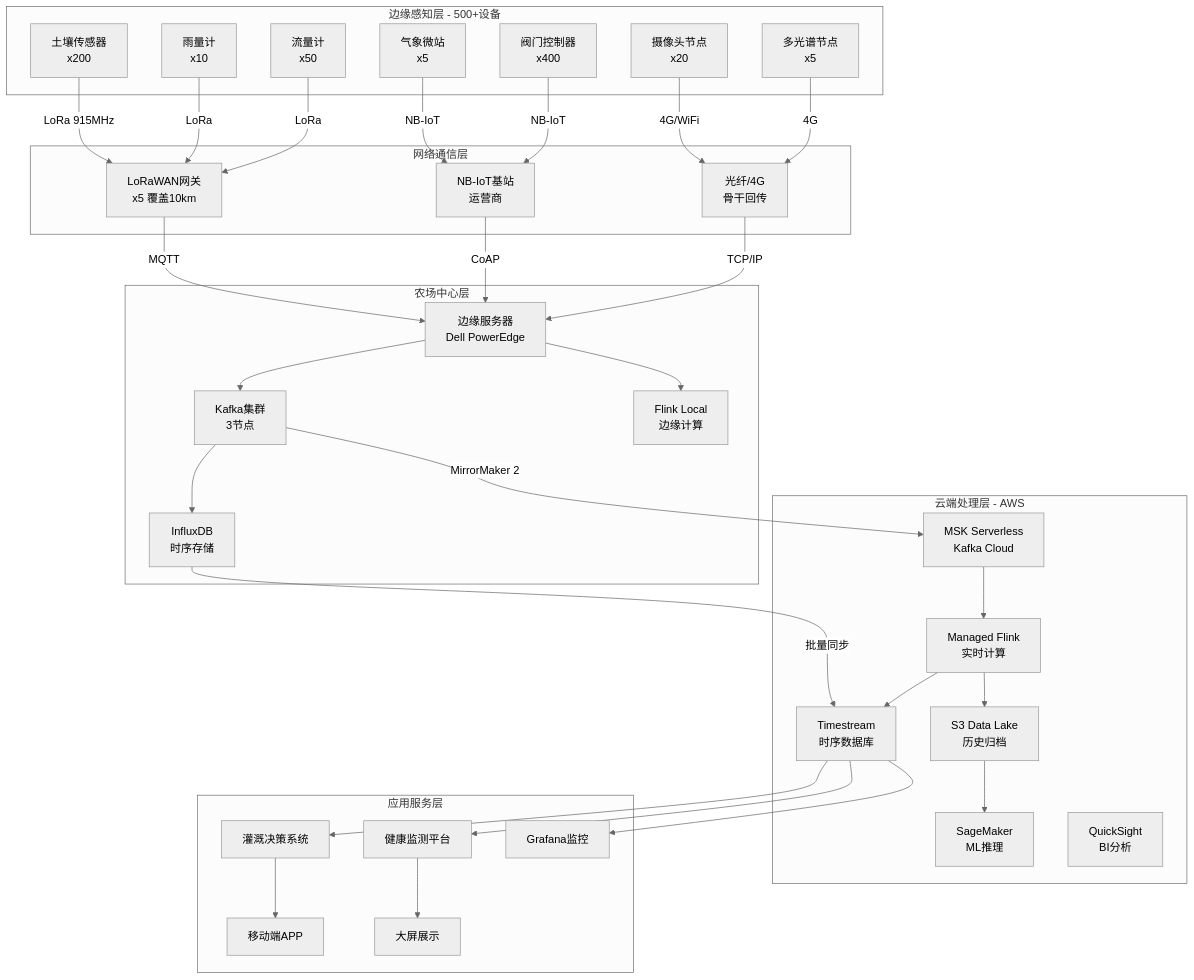
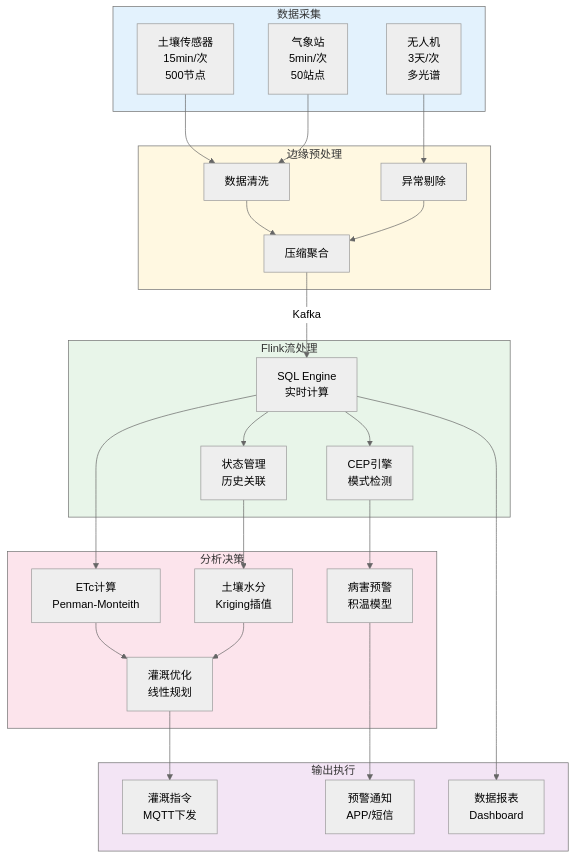
The fifth of 5 diagrams in Flink-IoT-Authority-Alignment/Phase-5-Agriculture/case-precision-agriculture-complete.md (AdaMartin18010/AnalysisDataFlow), drawn with Mermaid (neutral theme) before and after one commit. The commit also changed other lines of this file and 8 other files, not shown here.

````diff
--- a/Flink-IoT-Authority-Alignment/Phase-5-Agriculture/case-precision-agriculture-complete.md
+++ b/Flink-IoT-Authority-Alignment/Phase-5-Agriculture/case-precision-agriculture-complete.md
@@ -43,70 +3089,56 @@
 ```mermaid
-graph TB
-    subgraph 边缘感知层[边缘感知层 - 500+设备]
-        E1[土壤传感器<br/>x200]
-        E2[气象微站<br/>x5]
-        E3[雨量计<br/>x10]
-        E4[阀门控制器<br/>x400]
-        E5[流量计<br/>x50]
-        E6[摄像头节点<br/>x20]
-        E7[多光谱节点<br/>x5]
+flowchart TD
+    subgraph DataIn["数据采集"]
+        D1[土壤传感器<br/>15min/次<br/>500节点]
+        D2[气象站<br/>5min/次<br/>50站点]
+        D3[无人机<br/>3天/次<br/>多光谱]
     end
 
-    subgraph 网络通信层[网络通信层]
-        N1[LoRaWAN网关<br/>x5 覆盖10km]
-        N2[NB-IoT基站<br/>运营商]
-        N3[光纤/4G<br/>骨干回传]
+    subgraph Preprocess["边缘预处理"]
+        P1[数据清洗]
+        P2[异常剔除]
+        P3[压缩聚合]
     end
 
-    subgraph 农场中心层[农场中心层]
-        C1[边缘服务器<br/>Dell PowerEdge]
-        C2[Kafka集群<br/>3节点]
-        C3[InfluxDB<br/>时序存储]
-        C4[Flink Local<br/>边缘计算]
+    subgraph StreamProcess["Flink流处理"]
+        S1[SQL Engine<br/>实时计算]
+        S2[CEP引擎<br/>模式检测]
+        S3[状态管理<br/>历史关联]
     end
 
-    subgraph 云端处理层[云端处理层 - AWS]
-        A1[MSK Serverless<br/>Kafka Cloud]
-        A2[Managed Flink<br/>实时计算]
-        A3[Timestream<br/>时序数据库]
-        A4[S3 Data Lake<br/>历史归档]
-        A5[SageMaker<br/>ML推理]
-        A6[QuickSight<br/>BI分析]
+    subgraph Analytics["分析决策"]
+        A1[土壤水分<br/>Kriging插值]
+        A2[ETc计算<br/>Penman-Monteith]
+        A3[灌溉优化<br/>线性规划]
+        A4[病害预警<br/>积温模型]
     end
 
-    subgraph 应用服务层[应用服务层]
-        U1[灌溉决策系统]
-        U2[健康监测平台]
-        U3[Grafana监控]
-        U4[移动端APP]
-        U5[大屏展示]
+    subgraph Output["输出执行"]
+        O1[灌溉指令<br/>MQTT下发]
+        O2[预警通知<br/>APP/短信]
+        O3[数据报表<br/>Dashboard]
     end
 
-    E1 -->|LoRa 915MHz| N1
-    E2 -->|NB-IoT| N2
-    E3 -->|LoRa| N1
-    E4 -->|NB-IoT| N2
-    E5 -->|LoRa| N1
-    E6 -->|4G/WiFi| N3
-    E7 -->|4G| N3
+    D1 --> P1
+    D2 --> P1
+    D3 --> P2
+    P1 --> P3
+    P2 --> P3
+    P3 -->|Kafka| S1
+    S1 --> S2
+    S1 --> S3
+    S2 --> A4
+    S3 --> A1
+    S1 --> A2
+    A2 --> A3
+    A1 --> A3
+    A3 --> O1
+    A4 --> O2
+    S1 --> O3
 
-    N1 -->|MQTT| C1
-    N2 -->|CoAP| C1
-    N3 -->|TCP/IP| C1
-
-    C1 --> C2 --> C3
-    C1 --> C4
-
-    C2 -->|MirrorMaker 2| A1
-    C3 -->|批量同步| A3
-
-    A1 --> A2 --> A3
-    A2 --> A4
-    A4 --> A5
-
-    A3 --> U1
-    A3 --> U2
-    A3 --> U3
-    U1 --> U4
-    U2 --> U5
+    style DataIn fill:#e3f2fd
+    style Preprocess fill:#fff8e1
+    style StreamProcess fill:#e8f5e9
+    style Analytics fill:#fce4ec
+    style Output fill:#f3e5f5
 ```
````
